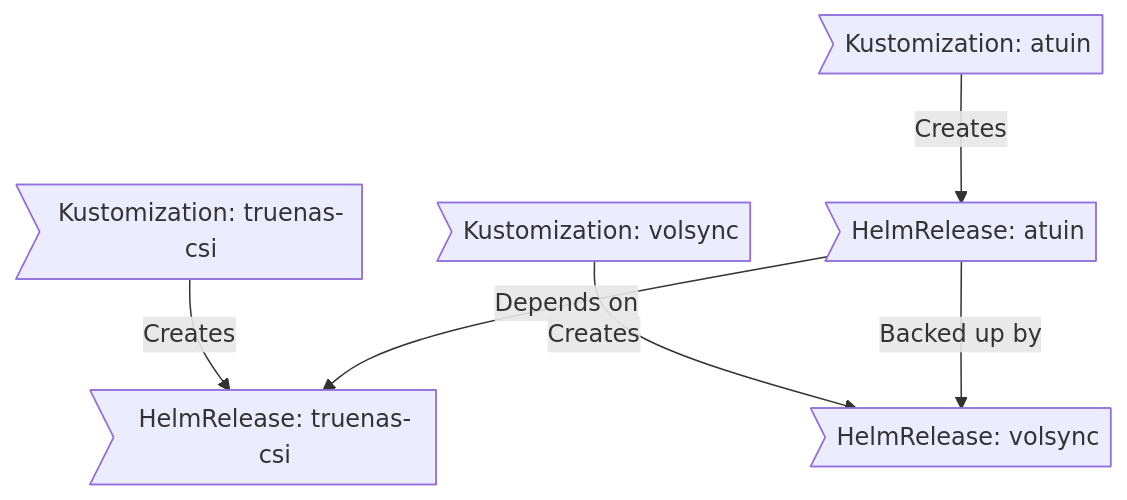
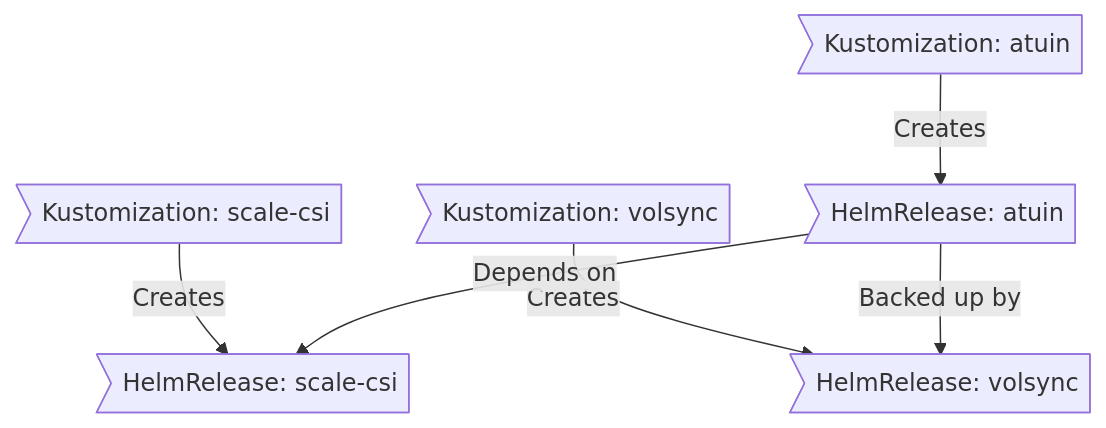
One commit to GizmoTickler/home-ops changed the diagram in README.md. Above: the diagram before and after it, drawn with Mermaid. The commit also changed other lines of this file, not shown here.

````diff
--- a/README.md
+++ b/README.md
@@ -134,8 +134,8 @@
 ```mermaid
 graph TD
-    A>Kustomization: truenas-csi] -->|Creates| B[HelmRelease: truenas-csi]
+    A>Kustomization: scale-csi] -->|Creates| B[HelmRelease: scale-csi]
     C>Kustomization: volsync] -->|Creates| D[HelmRelease: volsync]
     E>Kustomization: atuin] -->|Creates| F(HelmRelease: atuin)
-    F>HelmRelease: atuin] -->|Depends on| B>HelmRelease: truenas-csi]
+    F>HelmRelease: atuin] -->|Depends on| B>HelmRelease: scale-csi]
     F>HelmRelease: atuin] -->|Backed up by| D>HelmRelease: volsync]
 ```
````
